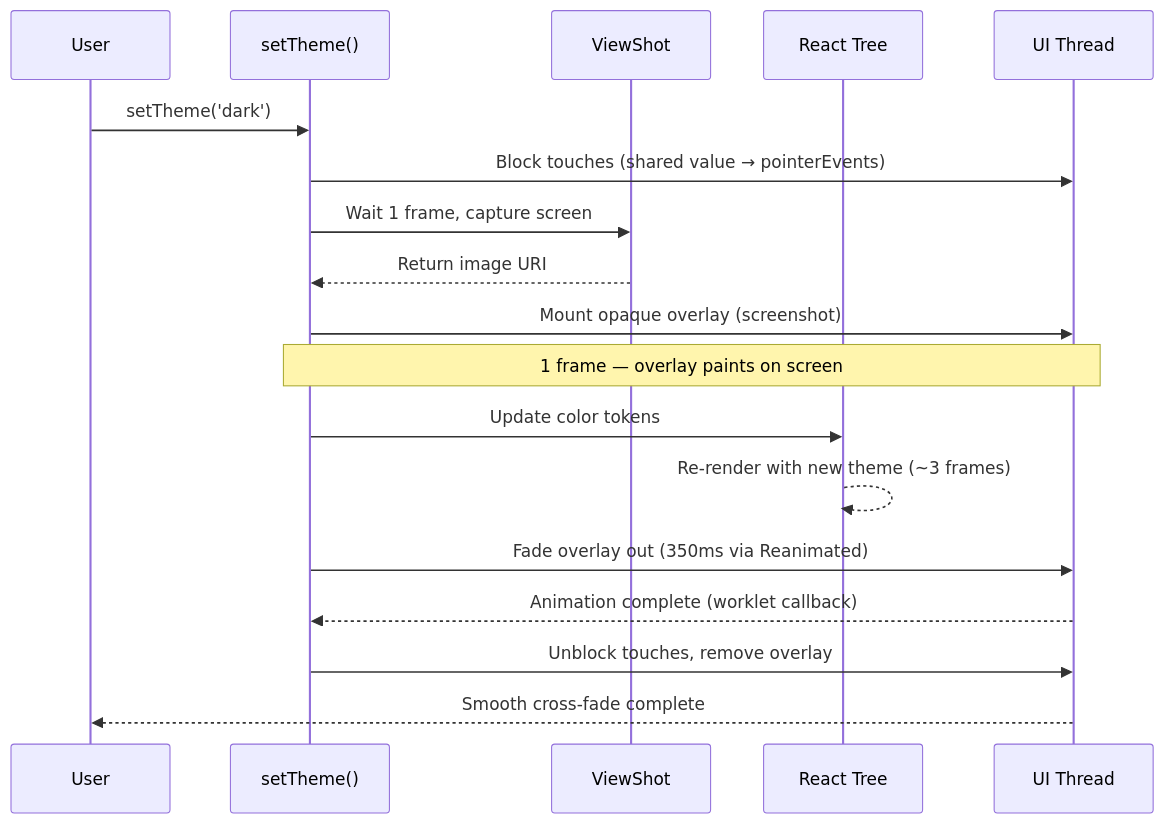
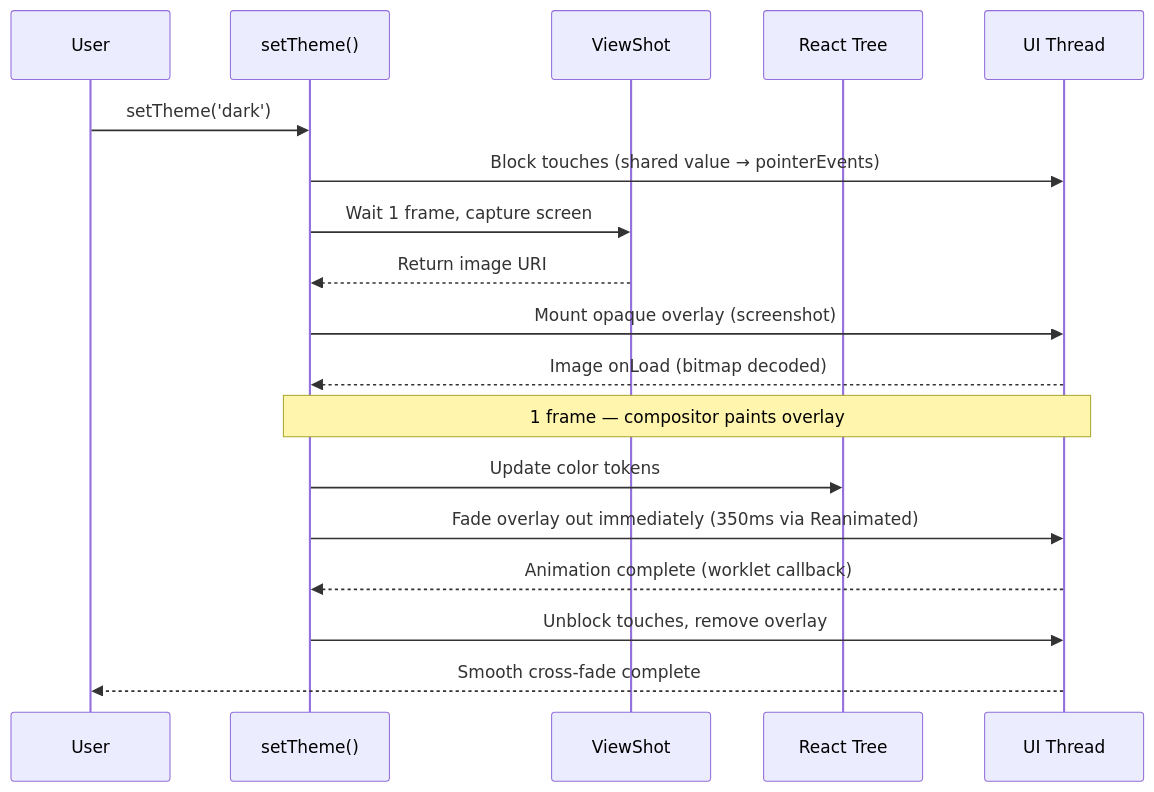
One commit to marioprieta/react-native-theme-transition changed the diagram in docs/how-it-works.md. Above: the diagram before and after it, drawn with Mermaid. The commit also changed other lines of this file and 6 other files, not shown here.

First line of the commit message:
fix: use onLoad for overlay readiness, remove 3-frame wait, update docs

````diff
--- a/docs/how-it-works.md
+++ b/docs/how-it-works.md
@@ -5,21 +5,21 @@
 ```mermaid
 sequenceDiagram
     participant User
     participant Hook as setTheme()
     participant Shot as ViewShot
     participant React as React Tree
     participant UI as UI Thread
 
     User->>Hook: setTheme('dark')
     Hook->>UI: Block touches (shared value → pointerEvents)
     Hook->>Shot: Wait 1 frame, capture screen
     Shot-->>Hook: Return image URI
     Hook->>UI: Mount opaque overlay (screenshot)
-    Note over Hook,UI: 1 frame — overlay paints on screen
+    UI-->>Hook: Image onLoad (bitmap decoded)
+    Note over Hook,UI: 1 frame — compositor paints overlay
     Hook->>React: Update color tokens
-    React-->>React: Re-render with new theme (~3 frames)
-    Hook->>UI: Fade overlay out (350ms via Reanimated)
+    Hook->>UI: Fade overlay out immediately (350ms via Reanimated)
     UI-->>Hook: Animation complete (worklet callback)
     Hook->>UI: Unblock touches, remove overlay
     UI-->>User: Smooth cross-fade complete
 ```
````
